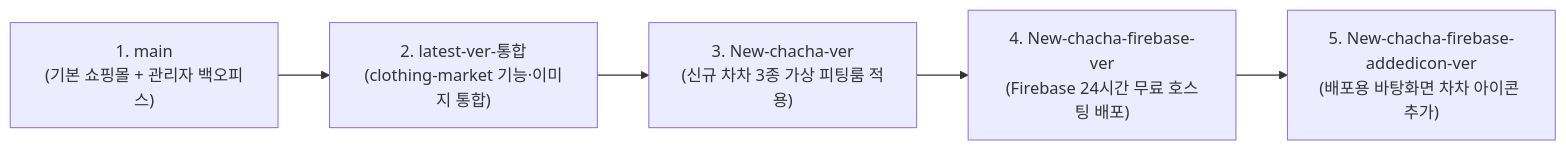
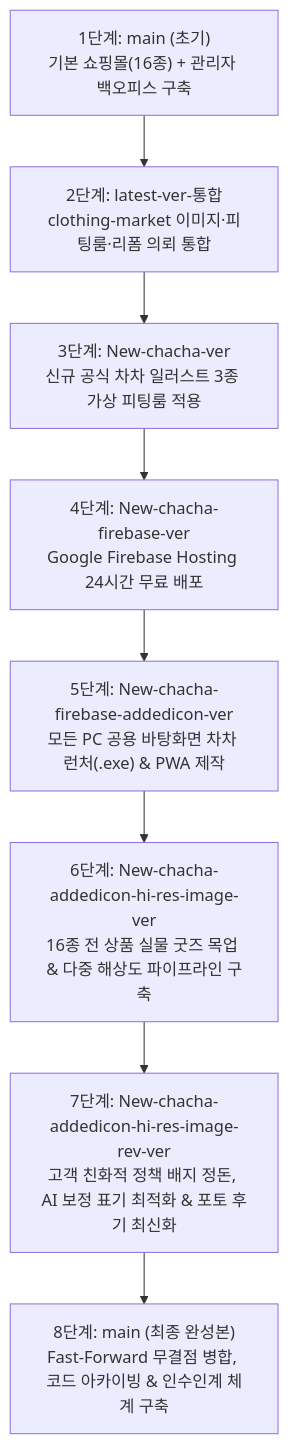
One commit to business5cnu-cloud/cnu-chacha-guide changed the diagram in WORK_HISTORY_GUIDE.md. Above: the diagram before and after it, drawn with Mermaid. The commit also changed other lines of this file and 19 other files, not shown here.

````diff
--- a/WORK_HISTORY_GUIDE.md
+++ b/WORK_HISTORY_GUIDE.md
@@ -23,7 +23,10 @@
 ```mermaid
-flowchart LR
-    B1["1. main<br/>(기본 쇼핑몰 + 관리자 백오피스)"] --> B2["2. latest-ver-통합<br/>(clothing-market 기능·이미지 통합)"]
-    B2 --> B3["3. New-chacha-ver<br/>(신규 차차 3종 가상 피팅룸 적용)"]
-    B3 --> B4["4. New-chacha-firebase-ver<br/>(Firebase 24시간 무료 호스팅 배포)"]
-    B4 --> B5["5. New-chacha-firebase-addedicon-ver<br/>(배포용 바탕화면 차차 아이콘 추가)"]
+flowchart TD
+    B1["1단계: main (초기)<br/>기본 쇼핑몰(16종) + 관리자 백오피스 구축"] --> B2["2단계: latest-ver-통합<br/>clothing-market 이미지·피팅룸·리폼 의뢰 통합"]
+    B2 --> B3["3단계: New-chacha-ver<br/>신규 공식 차차 일러스트 3종 가상 피팅룸 적용"]
+    B3 --> B4["4단계: New-chacha-firebase-ver<br/>Google Firebase Hosting 24시간 무료 배포"]
+    B4 --> B5["5단계: New-chacha-firebase-addedicon-ver<br/>모든 PC 공용 바탕화면 차차 런처(.exe) & PWA 제작"]
+    B5 --> B6["6단계: New-chacha-addedicon-hi-res-image-ver<br/>16종 전 상품 실물 굿즈 목업 & 다중 해상도 파이프라인 구축"]
+    B6 --> B7["7단계: New-chacha-addedicon-hi-res-image-rev-ver<br/>고객 친화적 정책 배지 정돈, AI 보정 표기 최적화 & 포토 후기 최신화"]
+    B7 --> B8["8단계: main (최종 완성본)<br/>Fast-Forward 무결점 병합, 코드 아카이빙 & 인수인계 체계 구축"]
 ```
````
